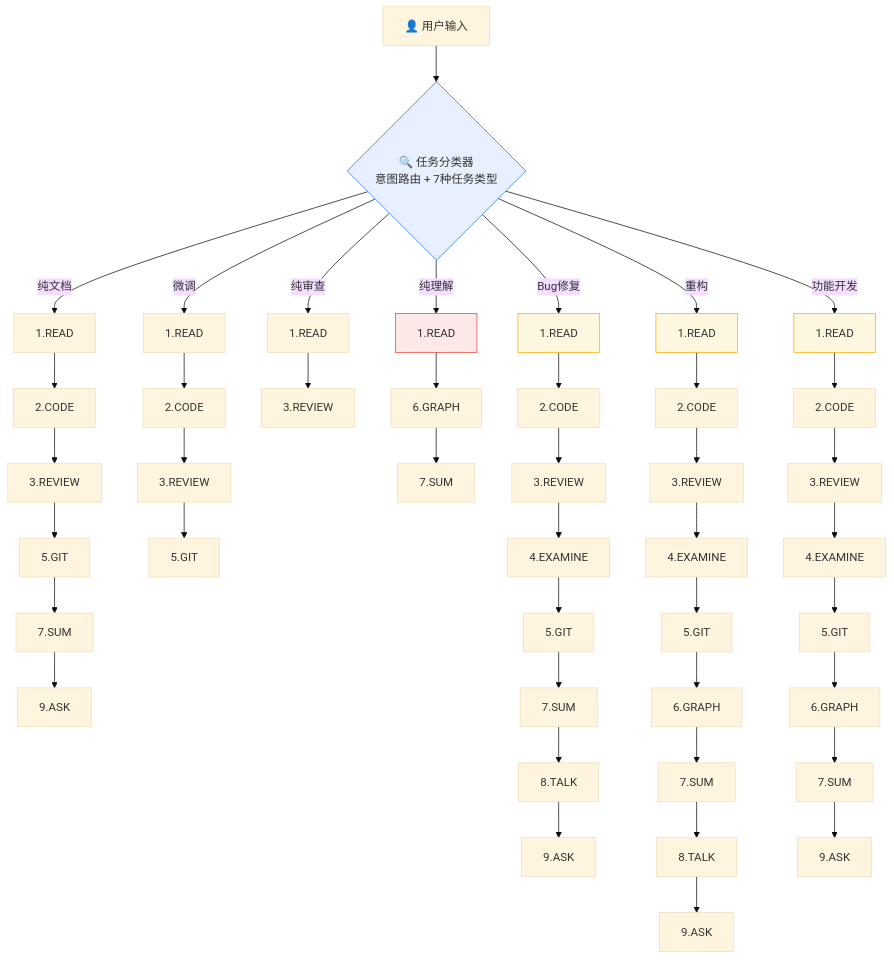
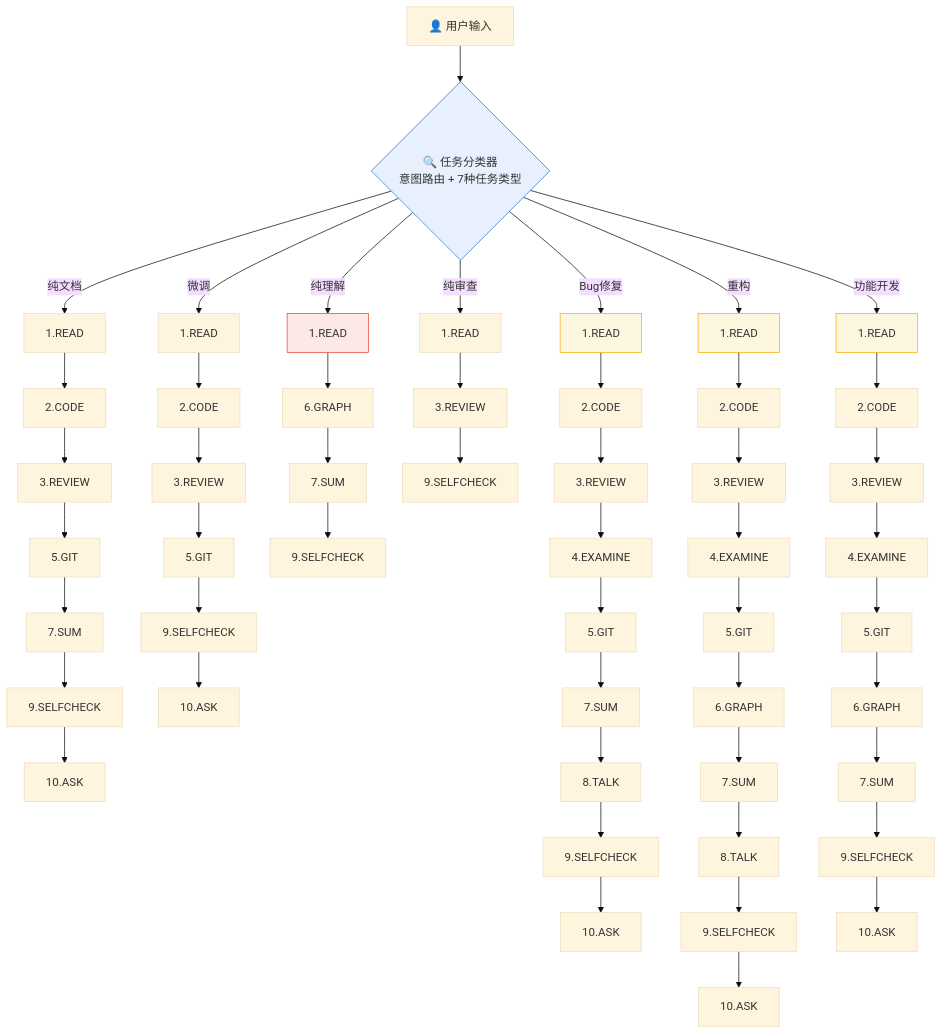
The diagram in README.md (z0l0y/EasyWork), drawn with Mermaid (base theme) before and after one commit. The commit also changed other lines of this file and 18 other files, not shown here.

````diff
--- a/README.md
+++ b/README.md
@@ -54,26 +61,26 @@
 ```mermaid
 flowchart TD
     START[👤 用户输入] --> CLASSIFY{🔍 任务分类器<br/>意图路由 + 7种任务类型}
     CLASSIFY -->|纯理解| R1[1.READ]
     CLASSIFY -->|纯审查| R2[1.READ]
     CLASSIFY -->|微调| R3[1.READ]
     CLASSIFY -->|Bug修复| R4[1.READ]
     CLASSIFY -->|重构| R5[1.READ]
     CLASSIFY -->|功能开发| R6[1.READ]
     CLASSIFY -->|纯文档| R7[1.READ]
 
-    R7 --> C7[2.CODE] --> RV7[3.REVIEW] --> G7[5.GIT] --> S7[7.SUM] --> A7[9.ASK]
-    R3 --> C3[2.CODE] --> RV3[3.REVIEW] --> G3[5.GIT]
-    R2 --> RV2[3.REVIEW]
-    R1 --> G1[6.GRAPH] --> S1[7.SUM]
+    R7 --> C7[2.CODE] --> RV7[3.REVIEW] --> G7[5.GIT] --> S7[7.SUM] --> SC7[9.SELFCHECK] --> A7[10.ASK]
+    R3 --> C3[2.CODE] --> RV3[3.REVIEW] --> G3[5.GIT] --> SC3[9.SELFCHECK] --> A3[10.ASK]
+    R1 --> G1[6.GRAPH] --> S1[7.SUM] --> SC1[9.SELFCHECK]
+    R2 --> RV2[3.REVIEW] --> SC2[9.SELFCHECK]
 
-    R4 --> C4[2.CODE] --> RV4[3.REVIEW] --> E4[4.EXAMINE] --> G4[5.GIT] --> S4[7.SUM] --> T4[8.TALK] --> A4[9.ASK]
-    R5 --> C5[2.CODE] --> RV5[3.REVIEW] --> E5[4.EXAMINE] --> G5[5.GIT] --> GR5[6.GRAPH] --> S5[7.SUM] --> T5[8.TALK] --> A5[9.ASK]
-    R6 --> C6[2.CODE] --> RV6[3.REVIEW] --> E6[4.EXAMINE] --> G6[5.GIT] --> GR6[6.GRAPH] --> S6[7.SUM] --> A6[9.ASK]
+    R4 --> C4[2.CODE] --> RV4[3.REVIEW] --> E4[4.EXAMINE] --> G4[5.GIT] --> S4[7.SUM] --> T4[8.TALK] --> SC4[9.SELFCHECK] --> A4[10.ASK]
+    R5 --> C5[2.CODE] --> RV5[3.REVIEW] --> E5[4.EXAMINE] --> G5[5.GIT] --> GR5[6.GRAPH] --> S5[7.SUM] --> T5[8.TALK] --> SC5[9.SELFCHECK] --> A5[10.ASK]
+    R6 --> C6[2.CODE] --> RV6[3.REVIEW] --> E6[4.EXAMINE] --> G6[5.GIT] --> GR6[6.GRAPH] --> S6[7.SUM] --> SC6[9.SELFCHECK] --> A6[10.ASK]
 
     style CLASSIFY fill:#e8f0fe,stroke:#1a73e8
     style R4 fill:#fef7e0,stroke:#f9ab00
     style R5 fill:#fef7e0,stroke:#f9ab00
     style R6 fill:#fef7e0,stroke:#f9ab00
     style R1 fill:#fce8e6,stroke:#ea4335
 ```
````
